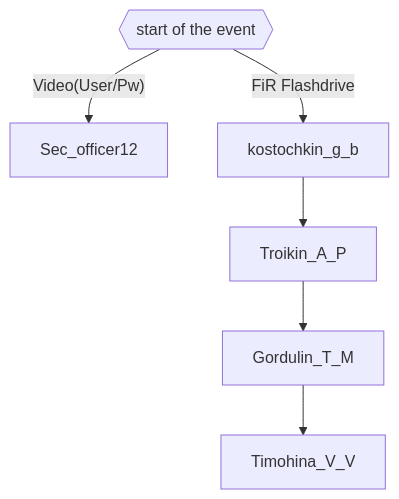
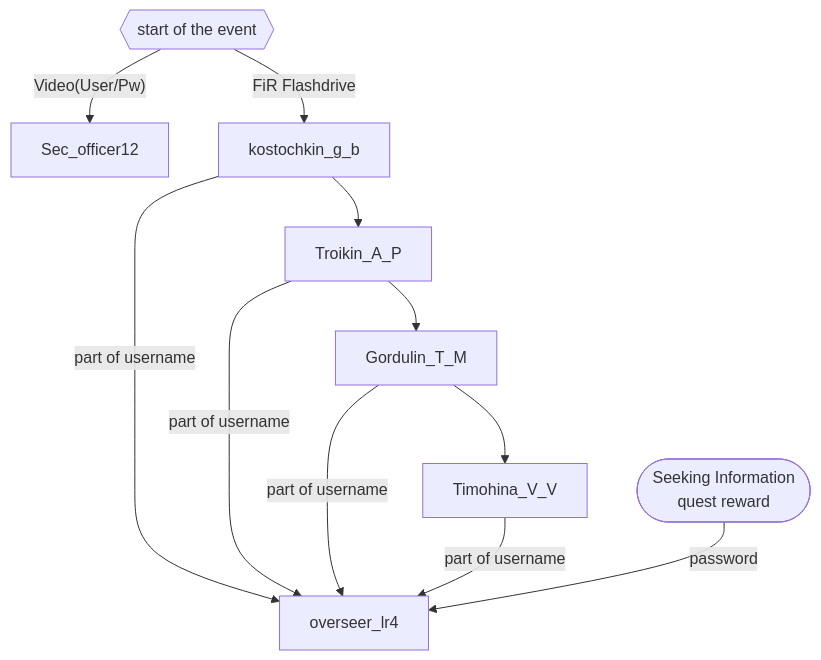
The diagram in README.md (3ncy/ARRS-s6), drawn with Mermaid before and after one commit. The commit also changed other lines of this file, not shown here.

Commit message:
Update README.md add overseer

````diff
--- a/README.md
+++ b/README.md
@@ -12,8 +12,14 @@
 ```mermaid
 graph TD;
     start{{start of the event}} --Video(User/Pw)--> Sec_officer12;
     start{{start of the event}} --FiR Flashdrive--> kostochkin_g_b;
     kostochkin_g_b --> Troikin_A_P;
     Troikin_A_P --> Gordulin_T_M;
-    Gordulin_T_M --> Timohina_V_V
+    Gordulin_T_M --> Timohina_V_V;
+    kostochkin_g_b --part of username--> overseer_lr4;
+    Troikin_A_P --part of username--> overseer_lr4;
+    Gordulin_T_M --part of username--> overseer_lr4;
+    Timohina_V_V --part of username--> overseer_lr4;
+    seekingInfoQuest(["Seeking Information
+quest reward"]) --password--> overseer_lr4;
 ```
````
